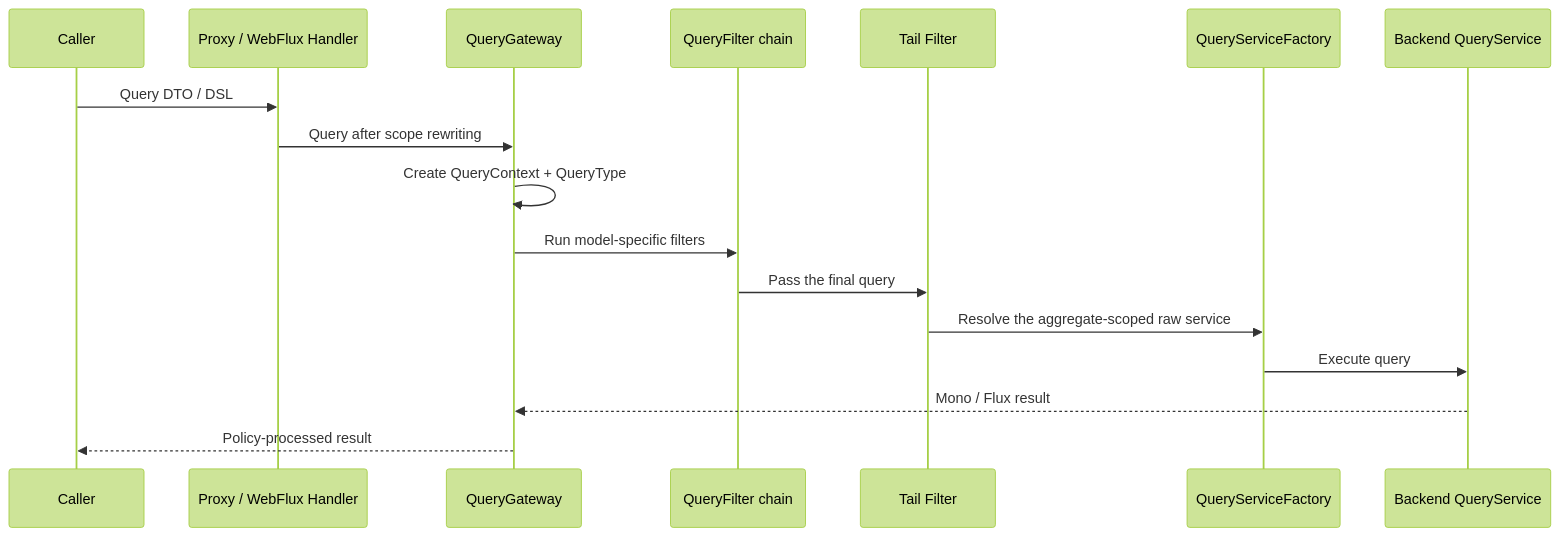
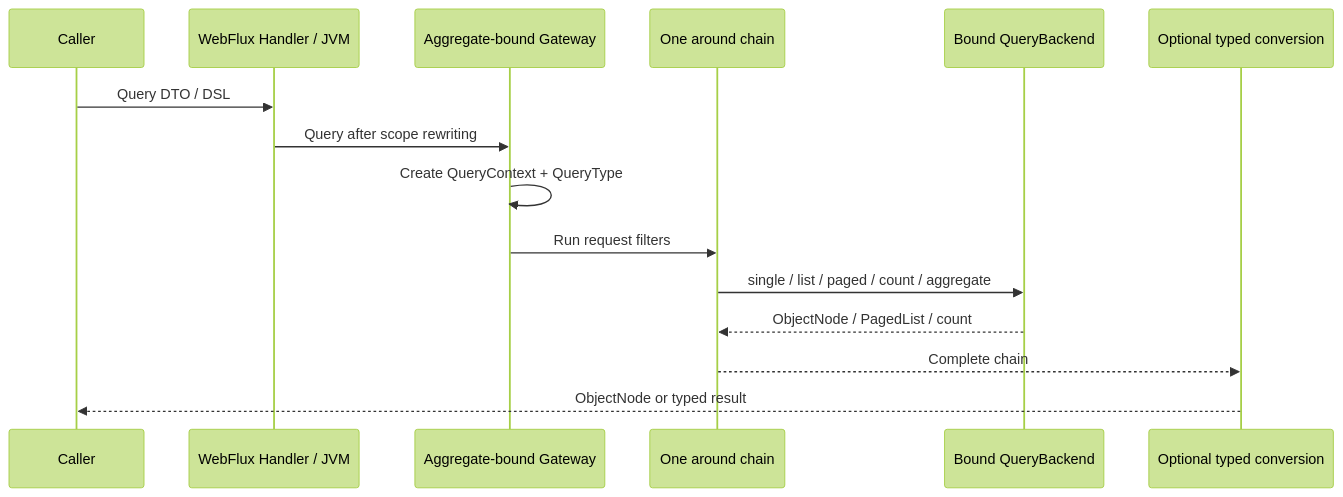
Before and after one commit to Ahoo-Wang/Wow: the diagram in documentation/docs/en/guide/query/query-gateway.md, drawn with Mermaid (forest theme). The commit also changed other lines of this file and 248 other files, not shown here.

First line of the commit message:
refactor(query): introduce V9 query gateway backends (#3095)

````diff
--- a/documentation/docs/en/guide/query/query-gateway.md
+++ b/documentation/docs/en/guide/query/query-gateway.md
@@ -18,19 +18,17 @@
 ```mermaid
 sequenceDiagram
     participant Caller as Caller
-    participant Entry as Proxy / WebFlux Handler
-    participant Gateway as QueryGateway
-    participant Filters as QueryFilter chain
-    participant Tail as Tail Filter
-    participant Factory as QueryServiceFactory
-    participant Backend as Backend QueryService
+    participant Entry as WebFlux Handler / JVM
+    participant Gateway as Aggregate-bound Gateway
+    participant Filters as One around chain
+    participant Backend as Bound QueryBackend
+    participant Jackson as Optional typed conversion
     Caller->>Entry: Query DTO / DSL
     Entry->>Gateway: Query after scope rewriting
     Gateway->>Gateway: Create QueryContext + QueryType
-    Gateway->>Filters: Run model-specific filters
-    Filters->>Tail: Pass the final query
-    Tail->>Factory: Resolve the aggregate-scoped raw service
-    Factory->>Backend: Execute query
-    Backend-->>Gateway: Mono / Flux result
-    Gateway-->>Caller: Policy-processed result
+    Gateway->>Filters: Run request filters
+    Filters->>Backend: single / list / paged / count / aggregate
+    Backend-->>Filters: ObjectNode / PagedList / count
+    Filters-->>Jackson: Complete chain
+    Jackson-->>Caller: ObjectNode or typed result
 ```
````
